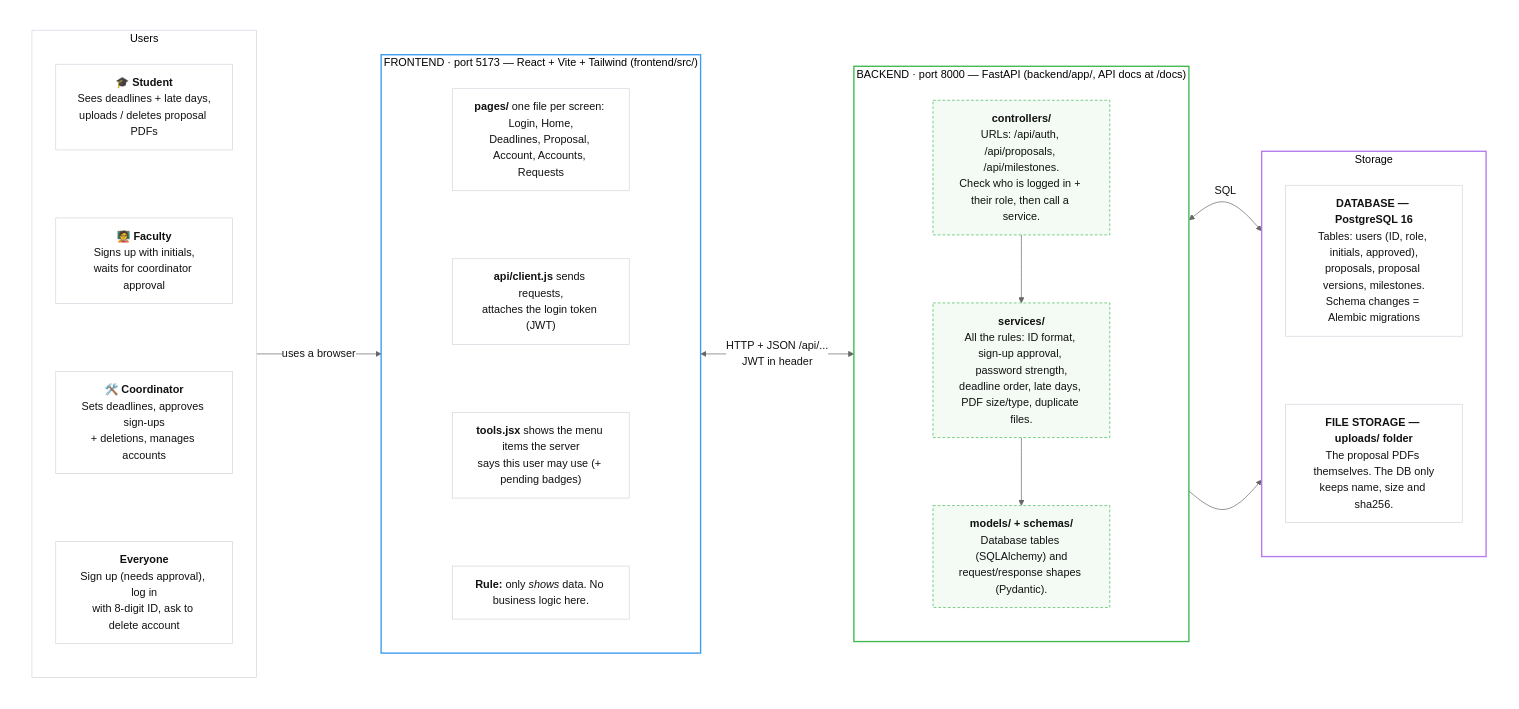
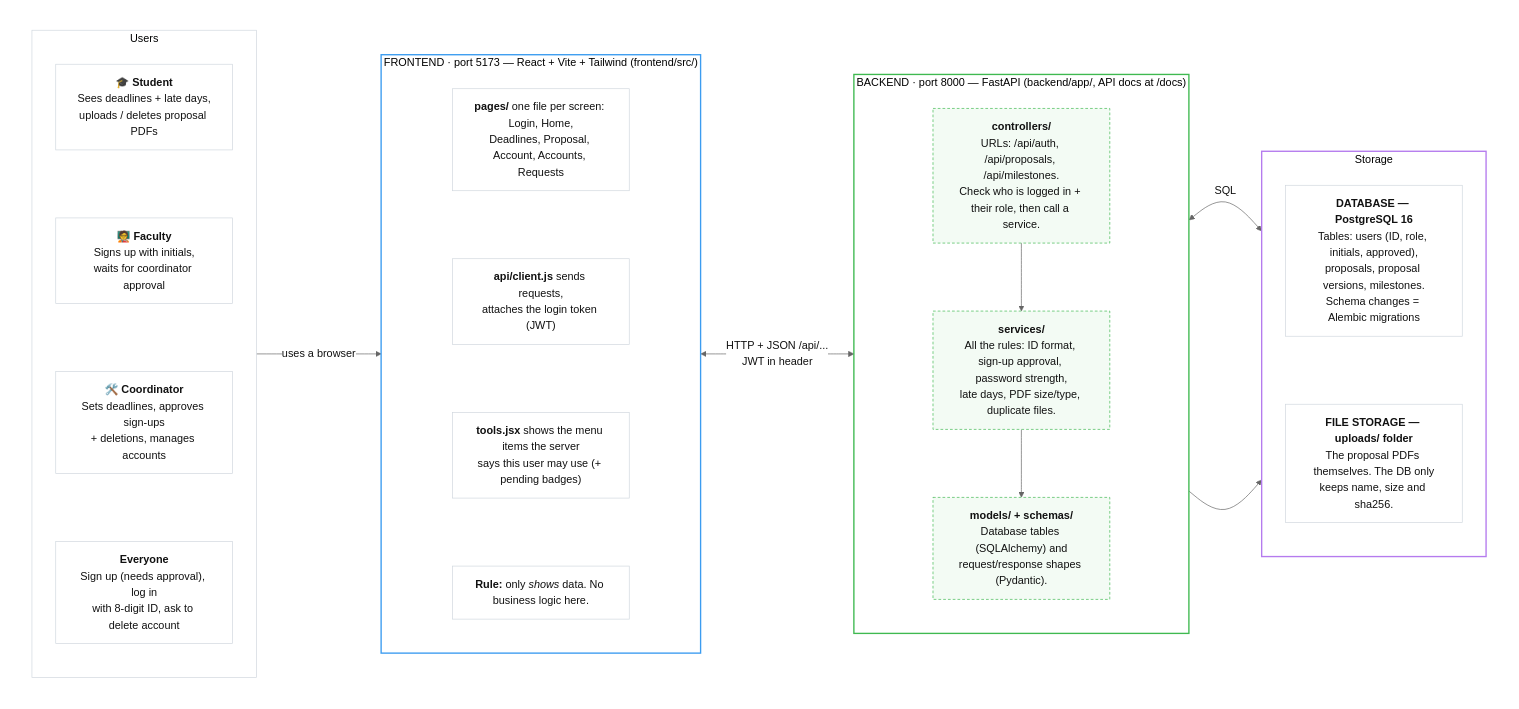
One commit to ironMan-blip/ThesisFlow changed the diagram in README.md. Above: the diagram before and after it, drawn with Mermaid. The commit also changed other lines of this file and 2 other files, not shown here.

````diff
--- a/README.md
+++ b/README.md
@@ -11,54 +11,54 @@
 ```mermaid
 %%{init: {"theme": "base", "themeVariables": {"background": "#ffffff", "primaryColor": "#ffffff", "primaryTextColor": "#111111", "lineColor": "#666666", "fontFamily": "Helvetica, Arial, sans-serif"}}}%%
 flowchart LR
   subgraph canvas[" "]
     direction LR
     subgraph users["Users"]
       direction TB
       student["🎓 <b>Student</b><br/>Sees deadlines + late days,<br/>uploads / deletes proposal PDFs"]
       faculty["🧑‍🏫 <b>Faculty</b><br/>Signs up with initials,<br/>waits for coordinator approval"]
       coord["🛠️ <b>Coordinator</b><br/>Sets deadlines, approves sign-ups<br/>+ deletions, manages accounts"]
       everyone["<b>Everyone</b><br/>Sign up (needs approval), log in<br/>with 8-digit ID, ask to delete account"]
       student ~~~ faculty ~~~ coord ~~~ everyone
     end
 
     subgraph fe["FRONTEND · port 5173 — React + Vite + Tailwind (frontend/src/)"]
       direction TB
       pages["<b>pages/</b> one file per screen: Login, Home,<br/>Deadlines, Proposal, Account, Accounts, Requests"]
       client["<b>api/client.js</b> sends requests,<br/>attaches the login token (JWT)"]
       tools["<b>tools.jsx</b> shows the menu items the server<br/>says this user may use (+ pending badges)"]
       ferule["<b>Rule:</b> only <i>shows</i> data. No business logic here."]
       pages ~~~ client ~~~ tools ~~~ ferule
     end
 
     subgraph be["BACKEND · port 8000 — FastAPI (backend/app/, API docs at /docs)"]
       direction TB
       controllers["<b>controllers/</b><br/>URLs: /api/auth, /api/proposals, /api/milestones.<br/>Check who is logged in + their role, then call a service."]
-      services["<b>services/</b><br/>All the rules: ID format, sign-up approval, password strength,<br/>deadline order, late days, PDF size/type, duplicate files."]
+      services["<b>services/</b><br/>All the rules: ID format, sign-up approval, password strength,<br/>late days, PDF size/type, duplicate files."]
       models["<b>models/ + schemas/</b><br/>Database tables (SQLAlchemy) and<br/>request/response shapes (Pydantic)."]
       controllers --> services --> models
     end
 
     subgraph store["Storage"]
       direction TB
       db["<b>DATABASE — PostgreSQL 16</b><br/>Tables: users (ID, role, initials, approved),<br/>proposals, proposal versions, milestones.<br/>Schema changes = Alembic migrations"]
       files["<b>FILE STORAGE — uploads/ folder</b><br/>The proposal PDFs themselves. The DB only<br/>keeps name, size and sha256."]
       db ~~~ files
     end
 
     users -- "uses a browser" --> fe
     fe <-- "HTTP + JSON /api/...<br/>JWT in header" --> be
     be <-- "SQL" --> db
     be --> files
   end
 
   style canvas fill:#ffffff,stroke:#ffffff
   style users fill:#ffffff,stroke:#d0d7de
   style fe fill:#ffffff,stroke:#3b9cf0,stroke-width:2px
   style be fill:#ffffff,stroke:#3fb950,stroke-width:2px
   style store fill:#ffffff,stroke:#b57bee,stroke-width:2px
   classDef box fill:#ffffff,stroke:#d0d7de,color:#111111
   classDef layer fill:#f3fbf4,stroke:#3fb950,stroke-dasharray:4 3,color:#111111
   class student,faculty,coord,everyone,pages,client,tools,ferule,db,files box
   class controllers,services,models layer
 ```
````
